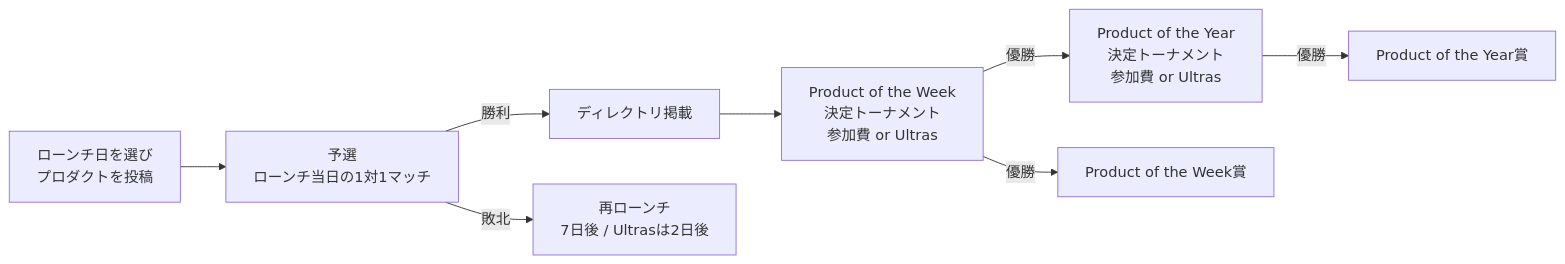
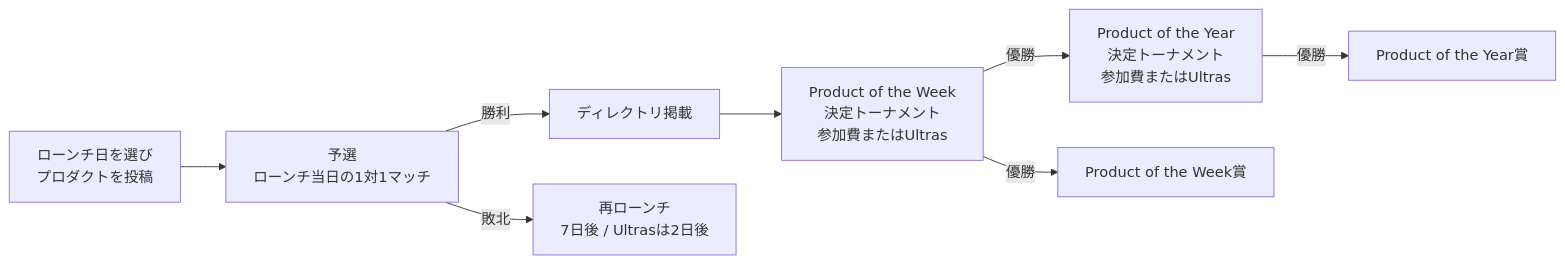
The diagram in docs/GUIDES/service/overview/001-service-concept.md (kurachiweb/genai-example-2-launch-platform), drawn with Mermaid before and after one commit. The commit also changed 5 other files, not shown here.

````diff
--- a/docs/GUIDES/service/overview/001-service-concept.md
+++ b/docs/GUIDES/service/overview/001-service-concept.md
@@ -26,10 +26,10 @@
 ```mermaid
 flowchart LR
     L[ローンチ日を選び<br>プロダクトを投稿] --> Q[予選<br>ローンチ当日の1対1マッチ]
     Q -- 勝利 --> D[ディレクトリ掲載]
     Q -- 敗北 --> R[再ローンチ<br>7日後 / Ultrasは2日後]
-    D --> W[Product of the Week<br>決定トーナメント<br>参加費 or Ultras]
-    W -- 優勝 --> Y[Product of the Year<br>決定トーナメント<br>参加費 or Ultras]
+    D --> W[Product of the Week<br>決定トーナメント<br>参加費またはUltras]
+    W -- 優勝 --> Y[Product of the Year<br>決定トーナメント<br>参加費またはUltras]
     Y -- 優勝 --> POY[Product of the Year賞]
     W -- 優勝 --> POW[Product of the Week賞]
 ```
````
